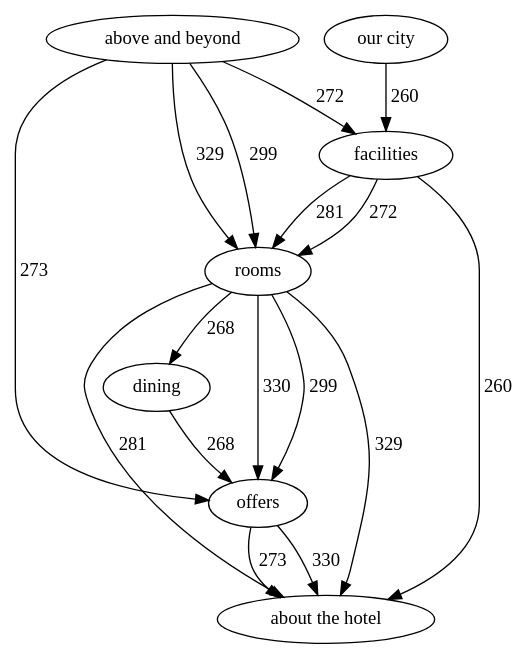
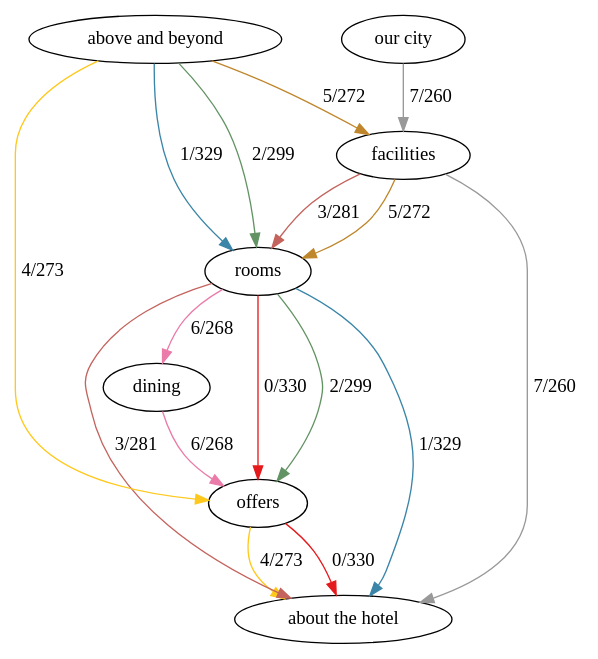
One commit to alexcu/sit742-a2-report changed the diagram in dot/us_requests.dot. Above: the diagram before and after it, drawn with Graphviz. The commit also changed 32 other files, not shown here.

Commit message:
Update dot graphs for latest coloring

```diff
--- a/dot/us_requests.dot
+++ b/dot/us_requests.dot
@@ -1,26 +1,26 @@
 digraph "" {
 layout="dot";
 facilities;
 "about the hotel";
 dining;
 offers;
 rooms;
 "our city";
 "above and beyond";
-facilities -> rooms  [key=0, label=281, weight=281];
-facilities -> rooms  [key=1, label=272, weight=272];
-facilities -> "about the hotel"  [key=0, label=260, weight=260];
-dining -> offers  [key=0, label=268, weight=268];
-offers -> "about the hotel"  [key=0, label=330, weight=330];
-offers -> "about the hotel"  [key=1, label=273, weight=273];
-rooms -> dining  [key=0, label=268, weight=268];
-rooms -> offers  [key=0, label=330, weight=330];
-rooms -> offers  [key=1, label=299, weight=299];
-rooms -> "about the hotel"  [key=0, label=329, weight=329];
-rooms -> "about the hotel"  [key=1, label=281, weight=281];
-"our city" -> facilities  [key=0, label=260, weight=260];
-"above and beyond" -> facilities  [key=0, label=272, weight=272];
-"above and beyond" -> offers  [key=0, label=273, weight=273];
-"above and beyond" -> rooms  [key=0, label=329, weight=329];
-"above and beyond" -> rooms  [key=1, label=299, weight=299];
+facilities -> rooms  [color="#c4635d", key=0, label="3/281", weight=281];
+facilities -> rooms  [color="#bf862b", key=1, label="5/272", weight=272];
+facilities -> "about the hotel"  [color="#999999", key=0, label="7/260", weight=260];
+dining -> offers  [color="#eb7ba9", key=0, label="6/268", weight=268];
+offers -> "about the hotel"  [color="#e41a1c", key=0, label="0/330", weight=330];
+offers -> "about the hotel"  [color="#ffc81d", key=1, label="4/273", weight=273];
+rooms -> dining  [color="#eb7ba9", key=0, label="6/268", weight=268];
+rooms -> offers  [color="#e41a1c", key=0, label="0/330", weight=330];
+rooms -> offers  [color="#629363", key=1, label="2/299", weight=299];
+rooms -> "about the hotel"  [color="#3a85a8", key=0, label="1/329", weight=329];
+rooms -> "about the hotel"  [color="#c4635d", key=1, label="3/281", weight=281];
+"our city" -> facilities  [color="#999999", key=0, label="7/260", weight=260];
+"above and beyond" -> facilities  [color="#bf862b", key=0, label="5/272", weight=272];
+"above and beyond" -> offers  [color="#ffc81d", key=0, label="4/273", weight=273];
+"above and beyond" -> rooms  [color="#3a85a8", key=0, label="1/329", weight=329];
+"above and beyond" -> rooms  [color="#629363", key=1, label="2/299", weight=299];
 }
```
